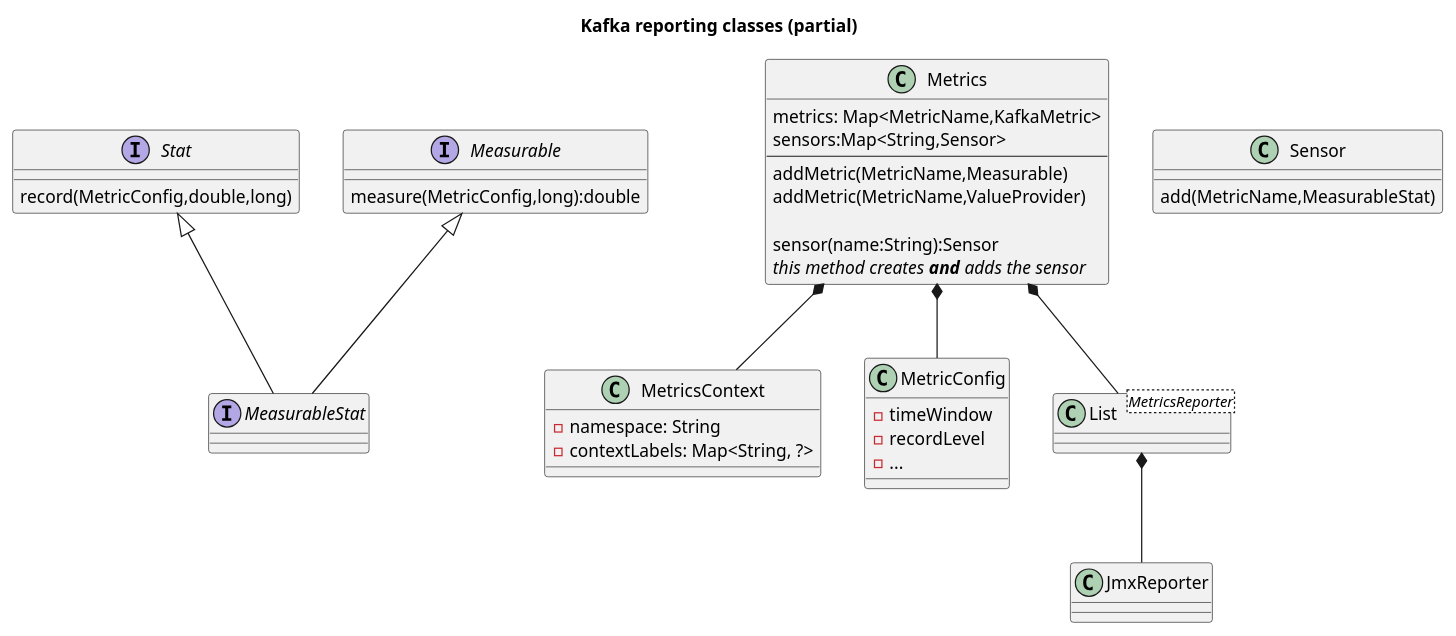
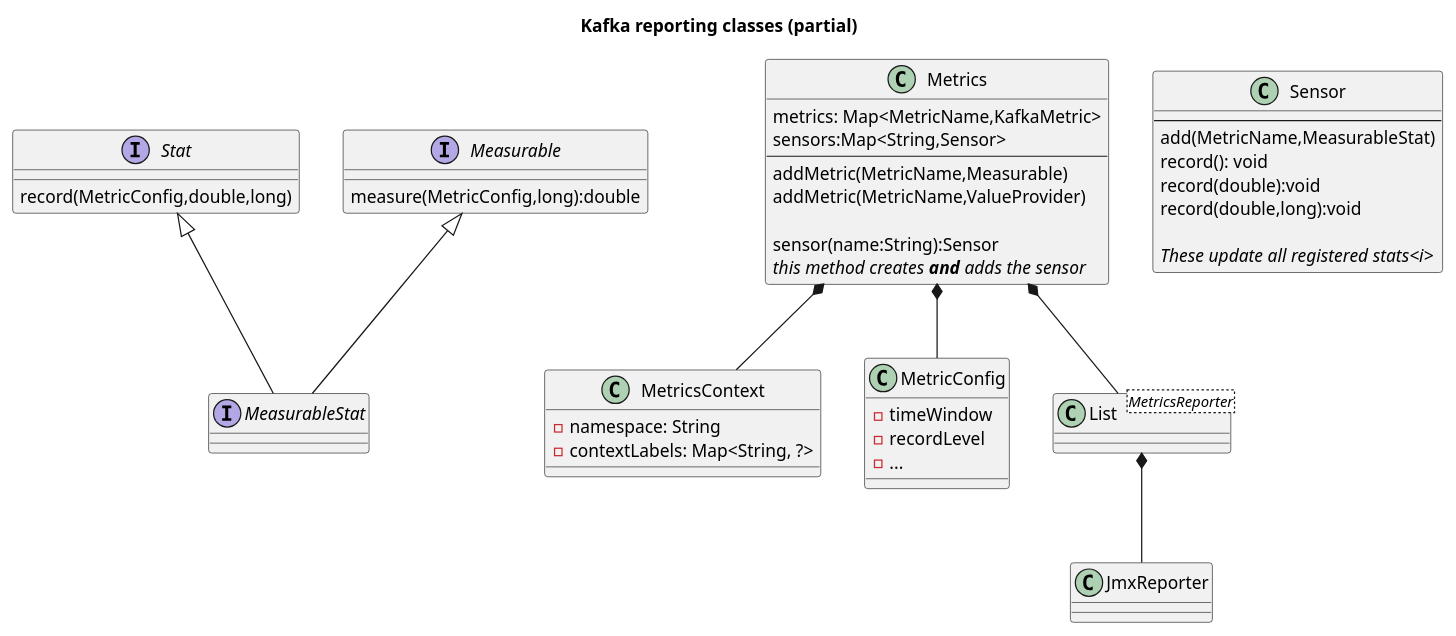
Before and after one commit to tonvanbart/kafka-connect-example: the diagram in reporting.puml, drawn with PlantUML.

Commit message:
Reporting classes overview

```diff
--- a/reporting.puml
+++ b/reporting.puml
@@ -1,51 +1,57 @@
 @startuml
 'https://plantuml.com/class-diagram
 
 title Kafka reporting classes (partial)
 
 interface Stat {
     record(MetricConfig,double,long)
 }
 
 interface Measurable {
     measure(MetricConfig,long):double
 }
 
 Interface MeasurableStat
 
 Measurable <|-- MeasurableStat
 Stat <|-- MeasurableStat
 
 class Metrics {
     metrics: Map<MetricName,KafkaMetric>
     sensors:Map<String,Sensor>
     ---
     addMetric(MetricName,Measurable)
     addMetric(MetricName,ValueProvider)
 
     sensor(name:String):Sensor
     <i>this method creates <b>and</b> adds the sensor</i>
 }
 
 class Sensor {
+    ---
     add(MetricName,MeasurableStat)
+    record(): void
+    record(double):void
+    record(double,long):void
+
+    <i>These update all registered stats<i>
 }
 
 class MetricsContext {
     - namespace: String
     - contextLabels: Map<String, ?>
 }
 class MetricConfig {
     - timeWindow
     - recordLevel
     - ...
 }
 
 class List<MetricsReporter>
 List *-- JmxReporter
 
 Metrics *-- MetricsContext
 Metrics *-- MetricConfig
 Metrics *-- List
 
 @enduml
```
